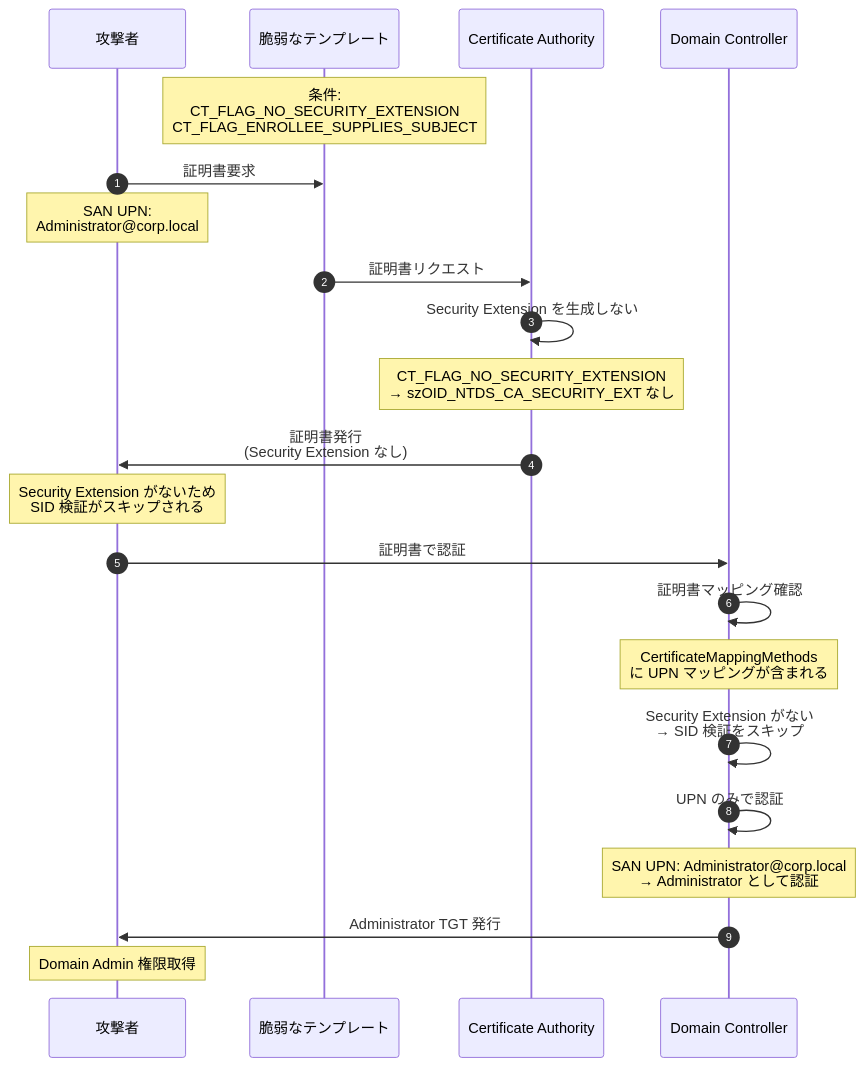
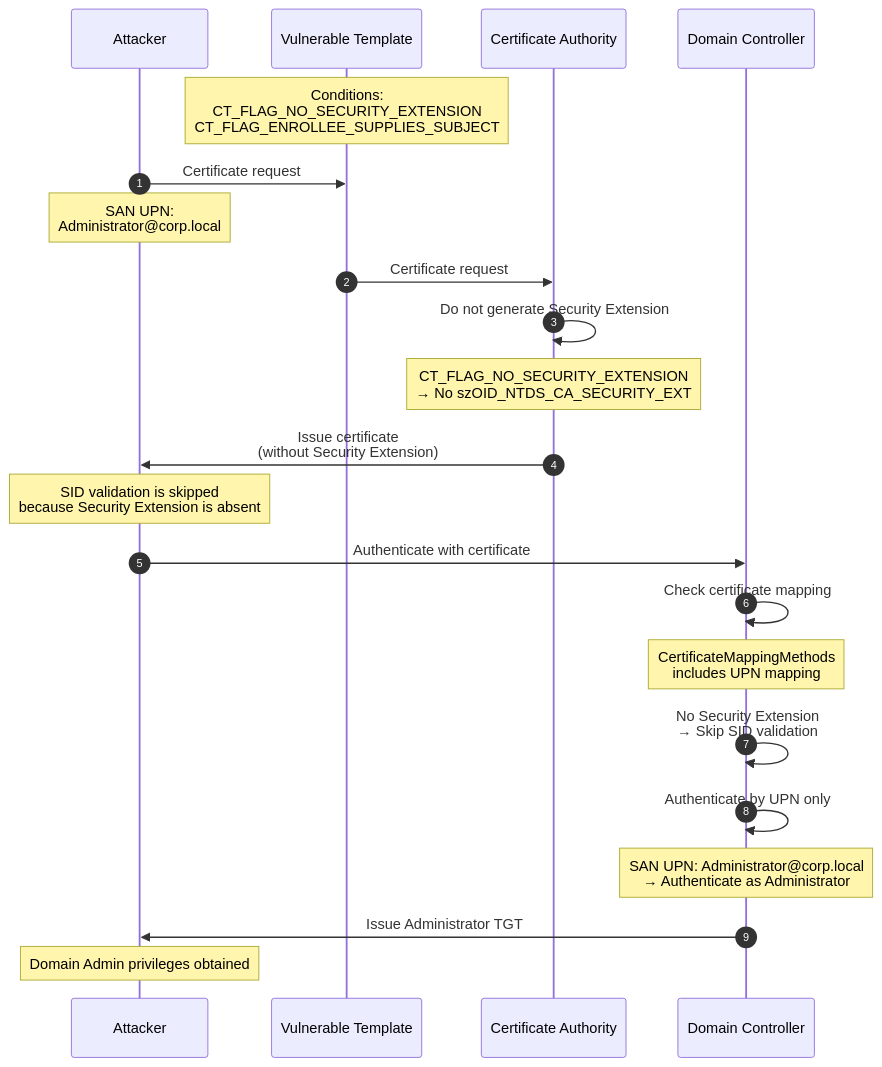
The ninth of 17 diagrams in _posts/2026-03-03-tech-adcs-esc-attack-guide.md (morimori-dev/morimori-dev.github.io), drawn with Mermaid before and after one commit. The commit also changed other lines of this file and 1 other file, not shown here.

````diff
--- a/_posts/2026-03-03-tech-adcs-esc-attack-guide.md
+++ b/_posts/2026-03-03-tech-adcs-esc-attack-guide.md
@@ -874,36 +875,36 @@
 ```mermaid
 sequenceDiagram
     autonumber
-    participant A as 攻撃者
-    participant T as 脆弱なテンプレート
+    participant A as Attacker
+    participant T as Vulnerable Template
     participant CA as Certificate Authority
     participant DC as Domain Controller
-    
-    Note over T: 条件:<br/>CT_FLAG_NO_SECURITY_EXTENSION<br/>CT_FLAG_ENROLLEE_SUPPLIES_SUBJECT
-    
-    A->>T: 証明書要求
+
+    Note over T: Conditions:<br/>CT_FLAG_NO_SECURITY_EXTENSION<br/>CT_FLAG_ENROLLEE_SUPPLIES_SUBJECT
+
+    A->>T: Certificate request
     Note over A: SAN UPN:<br/>Administrator@corp.local
-    
-    T->>CA: 証明書リクエスト
-    
-    CA->>CA: Security Extension を生成しない
-    Note over CA: CT_FLAG_NO_SECURITY_EXTENSION<br/>→ szOID_NTDS_CA_SECURITY_EXT なし
-    
-    CA->>A: 証明書発行<br/>(Security Extension なし)
-    
-    Note over A: Security Extension がないため<br/>SID 検証がスキップされる
-    
-    A->>DC: 証明書で認証
-    
-    DC->>DC: 証明書マッピング確認
-    Note over DC: CertificateMappingMethods<br/>に UPN マッピングが含まれる
-    
-    DC->>DC: Security Extension がない<br/>→ SID 検証をスキップ
-    
-    DC->>DC: UPN のみで認証
-    Note over DC: SAN UPN: Administrator@corp.local<br/>→ Administrator として認証
-    
-    DC->>A: Administrator TGT 発行
-    
-    Note over A: Domain Admin 権限取得
+
+    T->>CA: Certificate request
+
+    CA->>CA: Do not generate Security Extension
+    Note over CA: CT_FLAG_NO_SECURITY_EXTENSION<br/>→ No szOID_NTDS_CA_SECURITY_EXT
+
+    CA->>A: Issue certificate<br/>(without Security Extension)
+
+    Note over A: SID validation is skipped<br/>because Security Extension is absent
+
+    A->>DC: Authenticate with certificate
+
+    DC->>DC: Check certificate mapping
+    Note over DC: CertificateMappingMethods<br/>includes UPN mapping
+
+    DC->>DC: No Security Extension<br/>→ Skip SID validation
+
+    DC->>DC: Authenticate by UPN only
+    Note over DC: SAN UPN: Administrator@corp.local<br/>→ Authenticate as Administrator
+
+    DC->>A: Issue Administrator TGT
+
+    Note over A: Domain Admin privileges obtained
 ```
````
